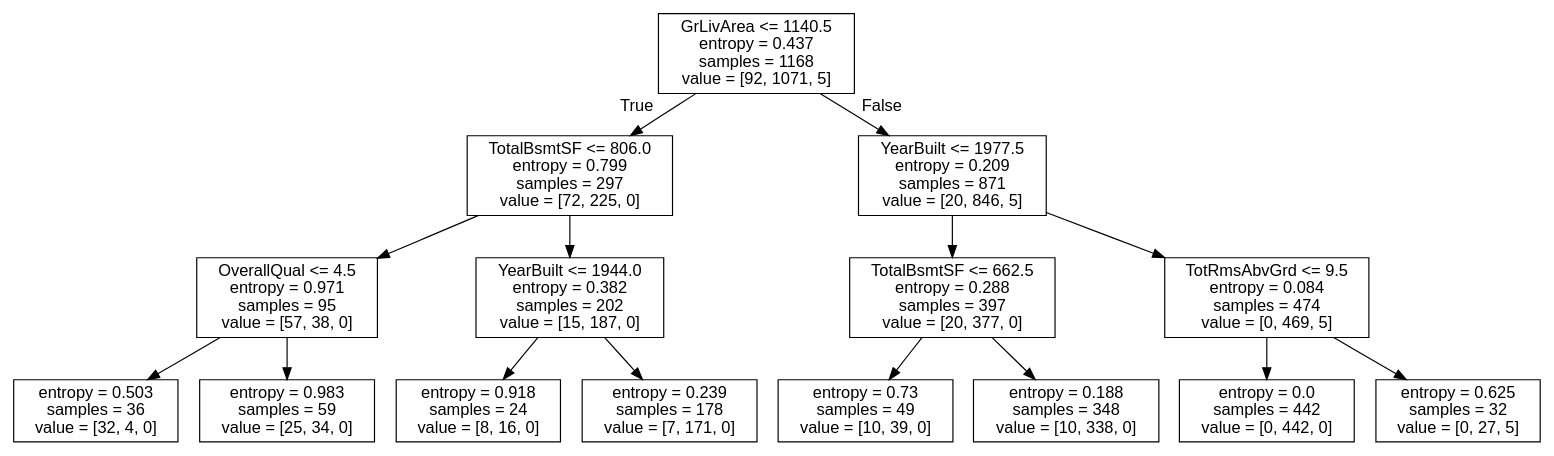
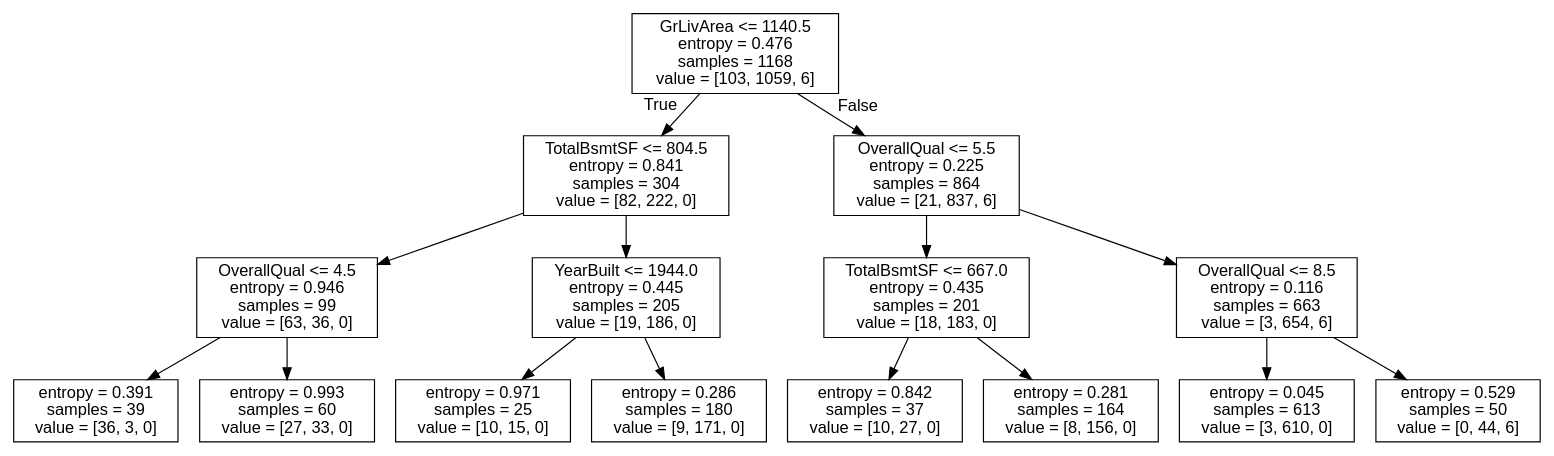
The diagram in out/dtc.dot (genomorro/unir), drawn with Graphviz before and after one commit. The commit also changed 3 other files, not shown here.

```diff
--- a/out/dtc.dot
+++ b/out/dtc.dot
@@ -1,33 +1,33 @@
 digraph Tree {
 node [shape=box, fontname="helvetica"] ;
 edge [fontname="helvetica"] ;
-0 [label="GrLivArea <= 1140.5\nentropy = 0.437\nsamples = 1168\nvalue = [92, 1071, 5]"] ;
-1 [label="TotalBsmtSF <= 806.0\nentropy = 0.799\nsamples = 297\nvalue = [72, 225, 0]"] ;
+0 [label="GrLivArea <= 1140.5\nentropy = 0.476\nsamples = 1168\nvalue = [103, 1059, 6]"] ;
+1 [label="TotalBsmtSF <= 804.5\nentropy = 0.841\nsamples = 304\nvalue = [82, 222, 0]"] ;
 0 -> 1 [labeldistance=2.5, labelangle=45, headlabel="True"] ;
-2 [label="OverallQual <= 4.5\nentropy = 0.971\nsamples = 95\nvalue = [57, 38, 0]"] ;
+2 [label="OverallQual <= 4.5\nentropy = 0.946\nsamples = 99\nvalue = [63, 36, 0]"] ;
 1 -> 2 ;
-3 [label="entropy = 0.503\nsamples = 36\nvalue = [32, 4, 0]"] ;
+3 [label="entropy = 0.391\nsamples = 39\nvalue = [36, 3, 0]"] ;
 2 -> 3 ;
-4 [label="entropy = 0.983\nsamples = 59\nvalue = [25, 34, 0]"] ;
+4 [label="entropy = 0.993\nsamples = 60\nvalue = [27, 33, 0]"] ;
 2 -> 4 ;
-5 [label="YearBuilt <= 1944.0\nentropy = 0.382\nsamples = 202\nvalue = [15, 187, 0]"] ;
+5 [label="YearBuilt <= 1944.0\nentropy = 0.445\nsamples = 205\nvalue = [19, 186, 0]"] ;
 1 -> 5 ;
-6 [label="entropy = 0.918\nsamples = 24\nvalue = [8, 16, 0]"] ;
+6 [label="entropy = 0.971\nsamples = 25\nvalue = [10, 15, 0]"] ;
 5 -> 6 ;
-7 [label="entropy = 0.239\nsamples = 178\nvalue = [7, 171, 0]"] ;
+7 [label="entropy = 0.286\nsamples = 180\nvalue = [9, 171, 0]"] ;
 5 -> 7 ;
-8 [label="YearBuilt <= 1977.5\nentropy = 0.209\nsamples = 871\nvalue = [20, 846, 5]"] ;
+8 [label="OverallQual <= 5.5\nentropy = 0.225\nsamples = 864\nvalue = [21, 837, 6]"] ;
 0 -> 8 [labeldistance=2.5, labelangle=-45, headlabel="False"] ;
-9 [label="TotalBsmtSF <= 662.5\nentropy = 0.288\nsamples = 397\nvalue = [20, 377, 0]"] ;
+9 [label="TotalBsmtSF <= 667.0\nentropy = 0.435\nsamples = 201\nvalue = [18, 183, 0]"] ;
 8 -> 9 ;
-10 [label="entropy = 0.73\nsamples = 49\nvalue = [10, 39, 0]"] ;
+10 [label="entropy = 0.842\nsamples = 37\nvalue = [10, 27, 0]"] ;
 9 -> 10 ;
-11 [label="entropy = 0.188\nsamples = 348\nvalue = [10, 338, 0]"] ;
+11 [label="entropy = 0.281\nsamples = 164\nvalue = [8, 156, 0]"] ;
 9 -> 11 ;
-12 [label="TotRmsAbvGrd <= 9.5\nentropy = 0.084\nsamples = 474\nvalue = [0, 469, 5]"] ;
+12 [label="OverallQual <= 8.5\nentropy = 0.116\nsamples = 663\nvalue = [3, 654, 6]"] ;
 8 -> 12 ;
-13 [label="entropy = 0.0\nsamples = 442\nvalue = [0, 442, 0]"] ;
+13 [label="entropy = 0.045\nsamples = 613\nvalue = [3, 610, 0]"] ;
 12 -> 13 ;
-14 [label="entropy = 0.625\nsamples = 32\nvalue = [0, 27, 5]"] ;
+14 [label="entropy = 0.529\nsamples = 50\nvalue = [0, 44, 6]"] ;
 12 -> 14 ;
 }
```
